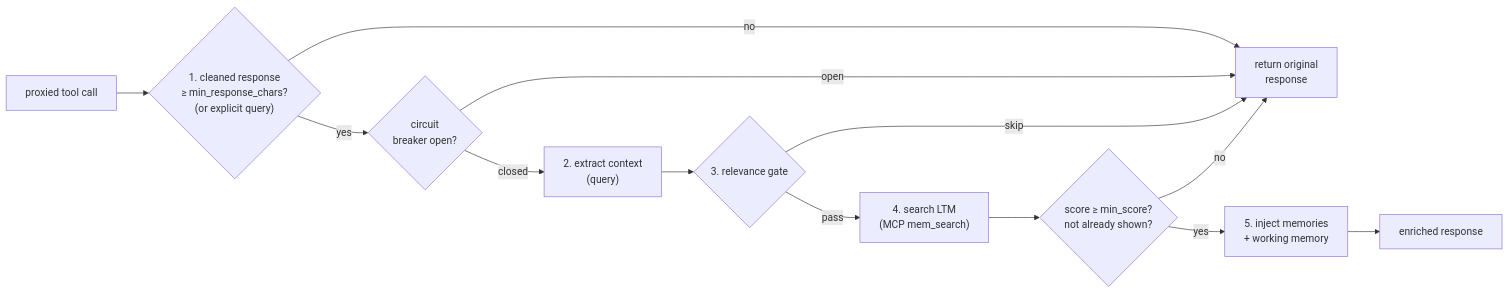
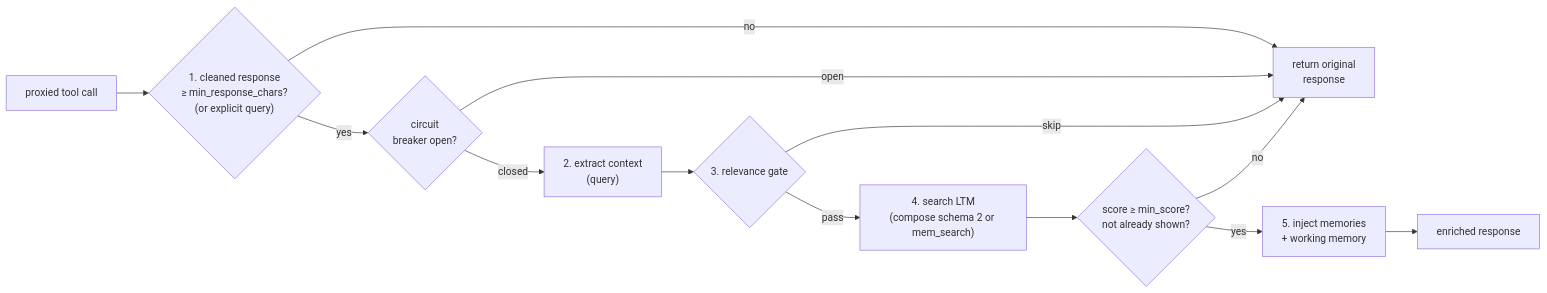
The first of 5 diagrams in docs/surfacing.md (memtomem/memtomem-stm), drawn with Mermaid before and after one commit. The commit also changed other lines of this file and 13 other files, not shown here.

Commit message:
feat: gate context compose on schema v2

````diff
--- a/docs/surfacing.md
+++ b/docs/surfacing.md
@@ -44,15 +66,15 @@
 ```mermaid
 flowchart LR
     Tool["proxied tool call"] --> Size{"1. cleaned response<br/>≥ min_response_chars?<br/>(or explicit query)"}
     Size -->|no| Pass["return original<br/>response"]
     Size -->|yes| CB{"circuit<br/>breaker open?"}
     CB -->|open| Pass
     CB -->|closed| Extract["2. extract context<br/>(query)"]
     Extract --> Gate{"3. relevance gate"}
     Gate -->|skip| Pass
-    Gate -->|pass| Search["4. search LTM<br/>(MCP mem_search)"]
+    Gate -->|pass| Search["4. search LTM<br/>(compose schema 2 or mem_search)"]
     Search --> Filter{"score ≥ min_score?<br/>not already shown?"}
     Filter -->|no| Pass
     Filter -->|yes| Inject["5. inject memories<br/>+ working memory"]
     Inject --> Out["enriched response"]
 ```
````
